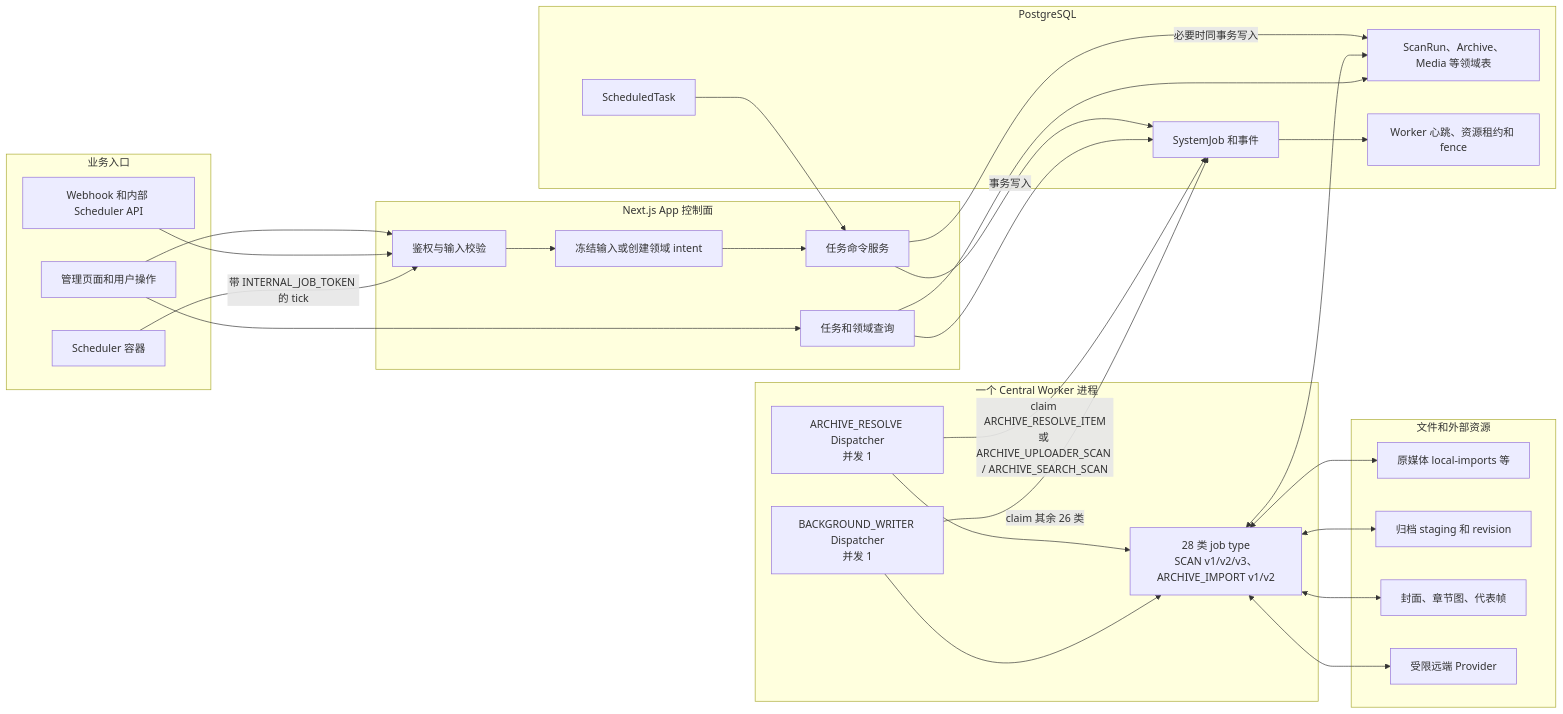
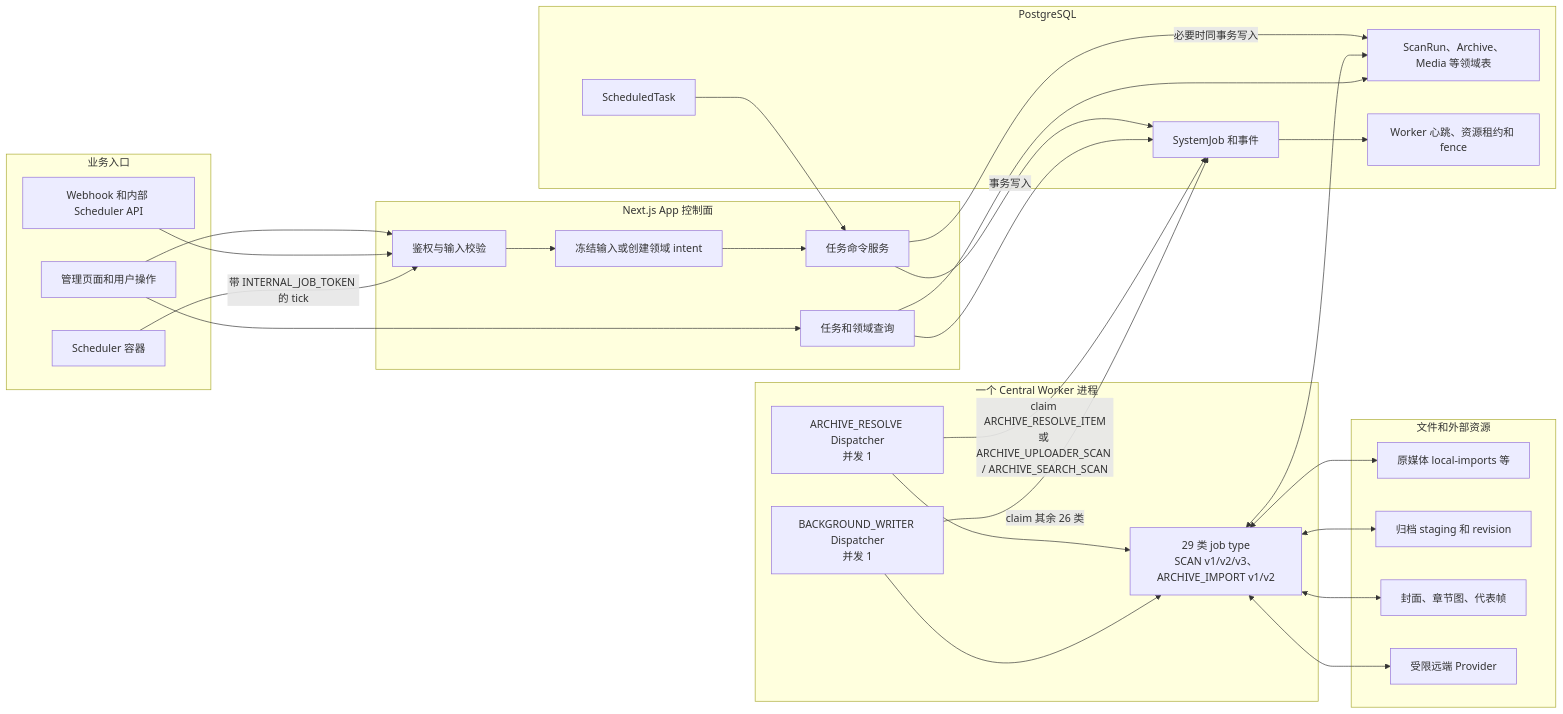
The first of 12 diagrams in docs/architecture/background-job-business-flows.md (namehu/PixiShelf), drawn with Mermaid before and after one commit. The commit also changed other lines of this file and 92 other files, not shown here.

````diff
--- a/docs/architecture/background-job-business-flows.md
+++ b/docs/architecture/background-job-business-flows.md
@@ -50,56 +50,56 @@
 ```mermaid
 flowchart LR
   subgraph Entry[业务入口]
     UI[管理页面和用户操作]
     API[Webhook 和内部 Scheduler API]
     SCH[Scheduler 容器]
   end
 
   subgraph App[Next.js App 控制面]
     AUTH[鉴权与输入校验]
     SNAP[冻结输入或创建领域 intent]
     CMD[任务命令服务]
     READ[任务和领域查询]
   end
 
   subgraph DB[PostgreSQL]
     TASK[ScheduledTask]
     JOB[SystemJob 和事件]
     DOMAIN[ScanRun、Archive、Media 等领域表]
     LEASE[Worker 心跳、资源租约和 fence]
   end
 
   subgraph Worker[一个 Central Worker 进程]
     RESOLVE[ARCHIVE_RESOLVE Dispatcher\n并发 1]
     WRITER[BACKGROUND_WRITER Dispatcher\n并发 1]
-    EXEC[28 类 job type\nSCAN v1/v2/v3、ARCHIVE_IMPORT v1/v2]
+    EXEC[29 类 job type\nSCAN v1/v2/v3、ARCHIVE_IMPORT v1/v2]
   end
 
   subgraph Storage[文件和外部资源]
     SOURCE[原媒体 local-imports 等]
     ARCHIVE[归档 staging 和 revision]
     DERIVED[封面、章节图、代表帧]
     REMOTE[受限远端 Provider]
   end
 
   UI --> AUTH
   API --> AUTH
   SCH -->|带 INTERNAL_JOB_TOKEN 的 tick| AUTH
   AUTH --> SNAP --> CMD
   TASK --> CMD
   CMD -->|事务写入| JOB
   CMD -->|必要时同事务写入| DOMAIN
   RESOLVE -->|claim ARCHIVE_RESOLVE_ITEM\n或 ARCHIVE_UPLOADER_SCAN / ARCHIVE_SEARCH_SCAN| JOB
   WRITER -->|claim 其余 26 类| JOB
   JOB --> LEASE
   RESOLVE --> EXEC
   WRITER --> EXEC
   EXEC <--> DOMAIN
   EXEC <--> SOURCE
   EXEC <--> ARCHIVE
   EXEC <--> DERIVED
   EXEC <--> REMOTE
   READ --> JOB
   READ --> DOMAIN
   UI --> READ
 ```
````
